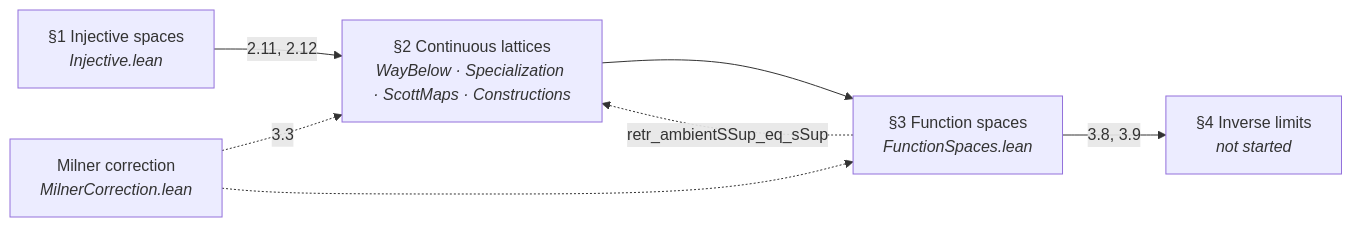
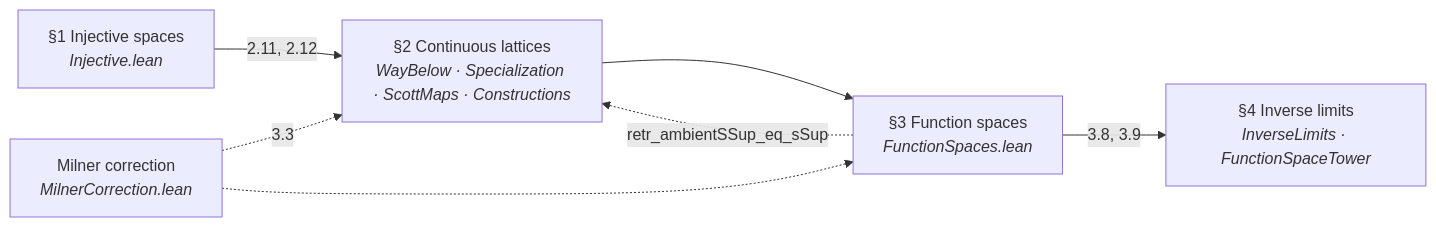
The first of 5 diagrams in arxiv.md (catskillsresearch/scott1972), drawn with Mermaid before and after one commit. The commit also changed other lines of this file and 1 other file, not shown here.

````diff
--- a/arxiv.md
+++ b/arxiv.md
@@ -102,15 +204,15 @@
 ```mermaid
 flowchart LR
   S1["§1 Injective spaces<br/><i>Injective.lean</i>"]
   S2["§2 Continuous lattices<br/><i>WayBelow · Specialization · ScottMaps · Constructions</i>"]
   S3["§3 Function spaces<br/><i>FunctionSpaces.lean</i>"]
-  S4["§4 Inverse limits<br/><i>not started</i>"]
+  S4["§4 Inverse limits<br/><i>InverseLimits · FunctionSpaceTower</i>"]
   MIL["Milner correction<br/><i>MilnerCorrection.lean</i>"]
 
   S1 -->|"2.11, 2.12"| S2
   S2 --> S3
   S3 -->|"3.8, 3.9"| S4
   MIL -.->|"3.3"| S2
   MIL -.-> S3
   S3 -.->|"retr_ambientSSup_eq_sSup"| S2
 ```
````
